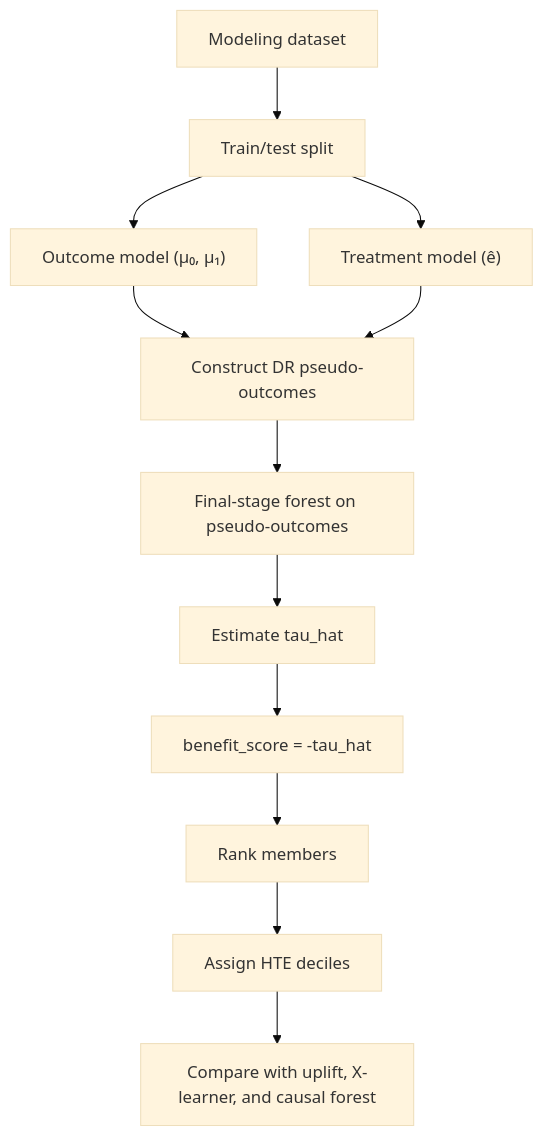
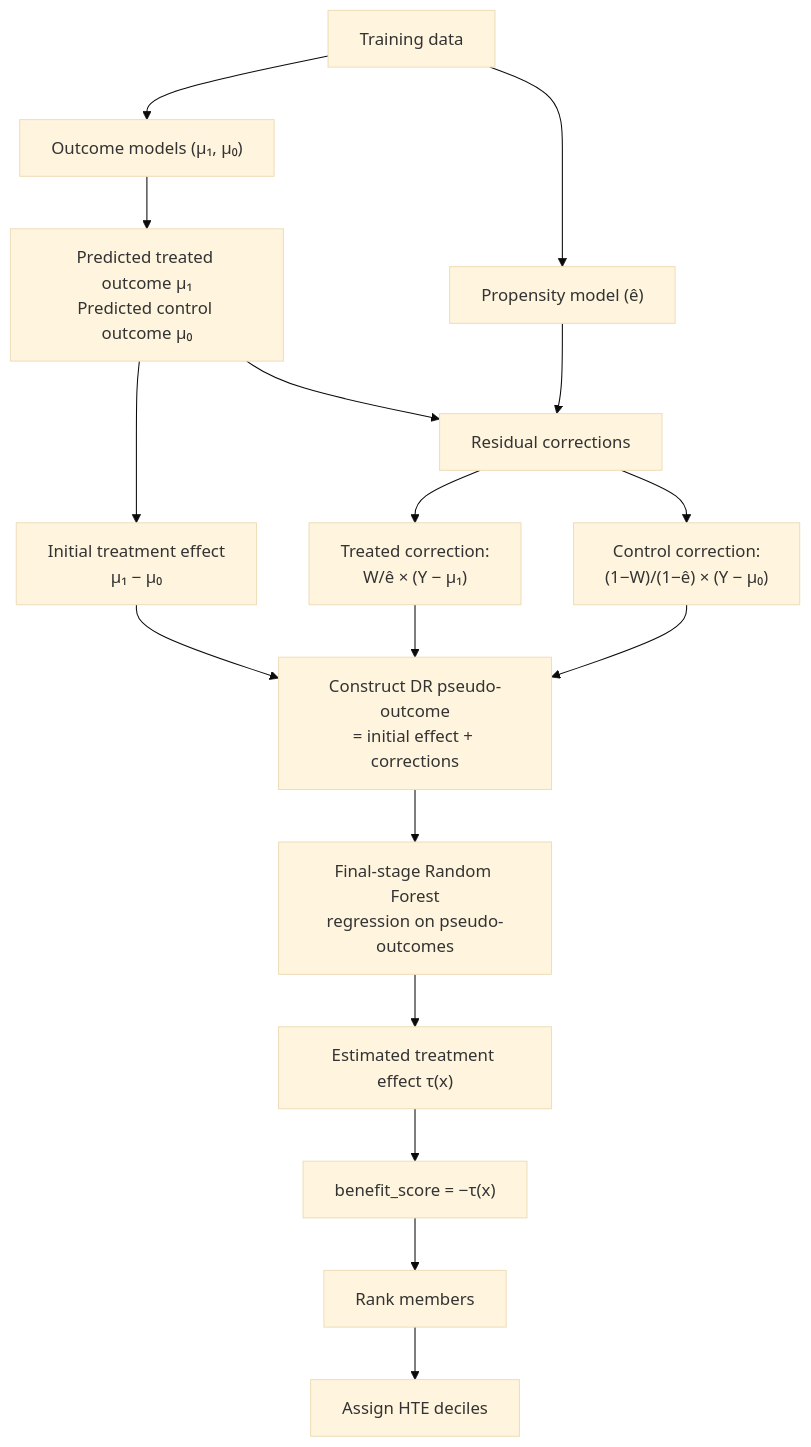
One commit to ndesai777777/prism_repo changed the diagram in PRISM_Doubly_Robust_Modeling_README.md. Above: the diagram before and after it, drawn with Mermaid (base theme). The commit also changed other lines of this file, not shown here.

Commit message:
DR README corrections: fix model spec (no causal forest), rewrite mermaid diagram, expand DR estimation explanation, simplify propensity section, rename pseudo-outcome diagnostics

````diff
--- a/PRISM_Doubly_Robust_Modeling_README.md
+++ b/PRISM_Doubly_Robust_Modeling_README.md
@@ -107,14 +111,19 @@
 ```mermaid
 flowchart TD
-    A["Modeling dataset"] --> B["Train/test split"]
-    B --> C["Outcome model (μ₀, μ₁)"]
-    B --> D["Treatment model (ê)"]
-    C --> E["Construct DR pseudo-outcomes"]
-    D --> E
-    E --> F["Final-stage forest on pseudo-outcomes"]
-    F --> G["Estimate tau_hat"]
-    G --> H["benefit_score = -tau_hat"]
-    H --> I["Rank members"]
-    I --> J["Assign HTE deciles"]
-    J --> K["Compare with uplift, X-learner, and causal forest"]
+    A["Training data"] --> B["Outcome models (μ₁, μ₀)"]
+    A --> C["Propensity model (ê)"]
+    B --> D["Predicted treated outcome μ₁<br/>Predicted control outcome μ₀"]
+    D --> E["Initial treatment effect<br/>μ₁ − μ₀"]
+    C --> F["Residual corrections"]
+    D --> F
+    F --> G["Treated correction:<br/>W/ê × (Y − μ₁)"]
+    F --> H["Control correction:<br/>(1−W)/(1−ê) × (Y − μ₀)"]
+    E --> I["Construct DR pseudo-outcome<br/>= initial effect + corrections"]
+    G --> I
+    H --> I
+    I --> J["Final-stage Random Forest<br/>regression on pseudo-outcomes"]
+    J --> K["Estimated treatment effect τ(x)"]
+    K --> L["benefit_score = −τ(x)"]
+    L --> M["Rank members"]
+    M --> N["Assign HTE deciles"]
 ```
````
